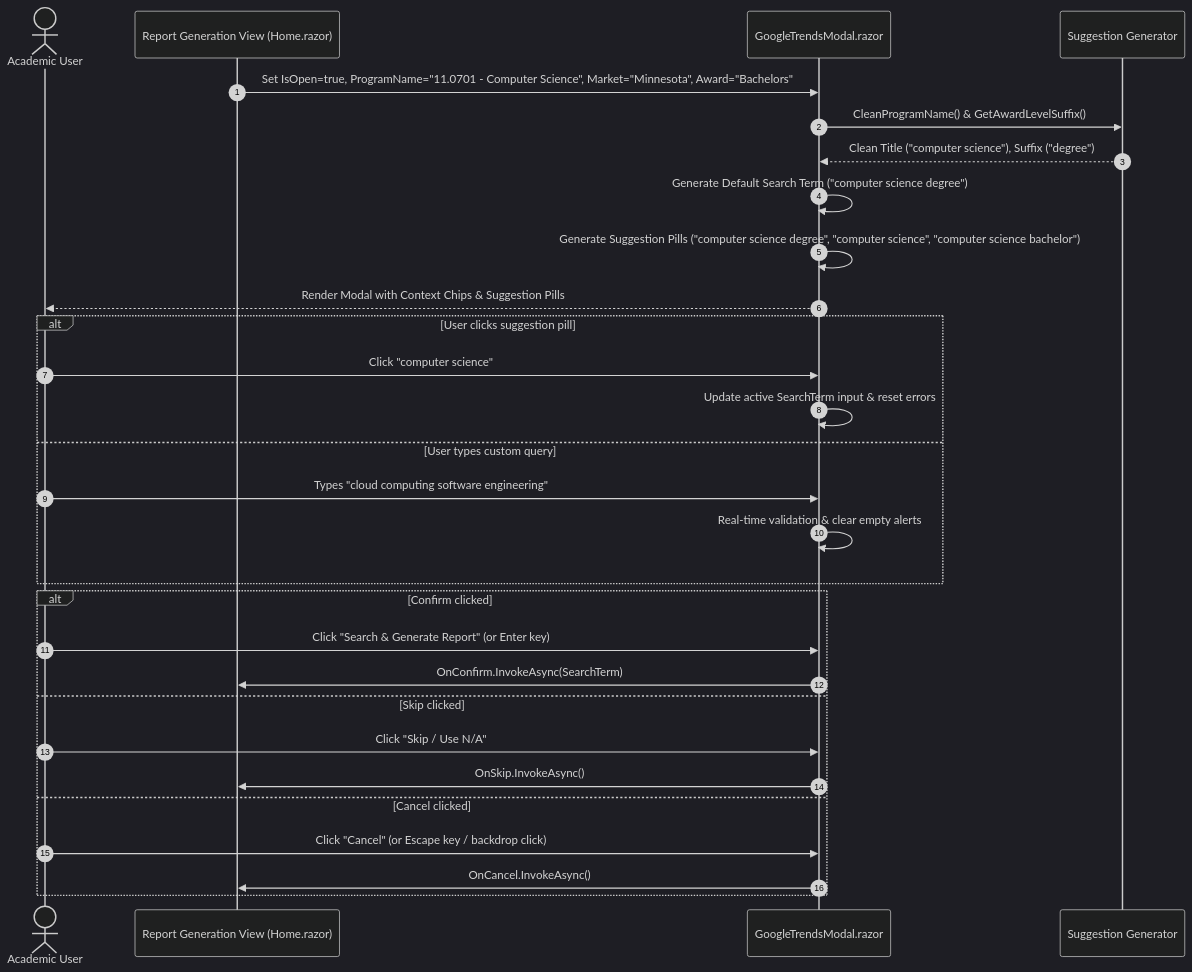
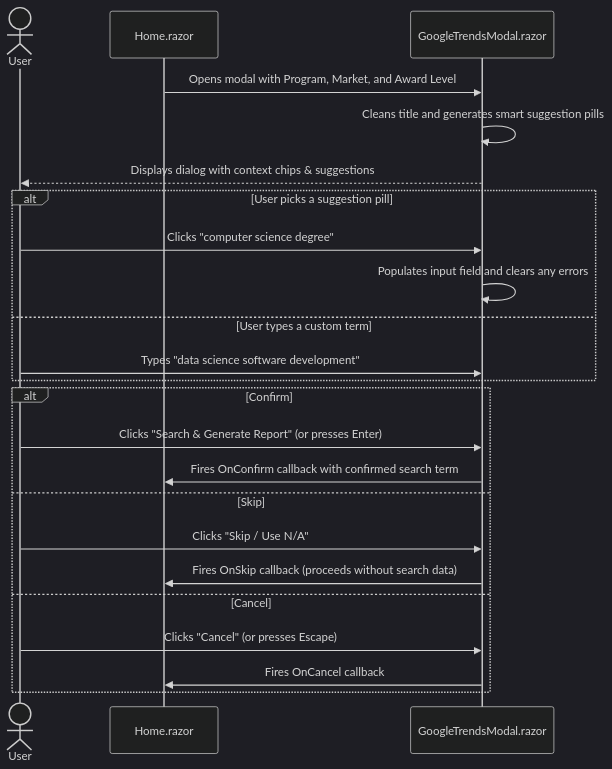
One commit to liams04/PMRA-Portfolio changed the diagram in examples/frontend-blazor/README.md. Above: the diagram before and after it, drawn with Mermaid (dark theme). The commit also changed other lines of this file and 11 other files, not shown here.

````diff
--- a/examples/frontend-blazor/README.md
+++ b/examples/frontend-blazor/README.md
@@ -16,34 +19,28 @@
 ```mermaid
 sequenceDiagram
-    autonumber
-    actor User as Academic User
-    participant Parent as Report Generation View (Home.razor)
+    actor User as User
+    participant Page as Home.razor
     participant Modal as GoogleTrendsModal.razor
-    participant Engine as Suggestion Generator
 
-    Parent->>Modal: Set IsOpen=true, ProgramName="11.0701 - Computer Science", Market="Minnesota", Award="Bachelors"
-    Modal->>Engine: CleanProgramName() & GetAwardLevelSuffix()
-    Engine-->>Modal: Clean Title ("computer science"), Suffix ("degree")
-    Modal->>Modal: Generate Default Search Term ("computer science degree")
-    Modal->>Modal: Generate Suggestion Pills ("computer science degree", "computer science", "computer science bachelor")
-    Modal-->>User: Render Modal with Context Chips & Suggestion Pills
+    Page->>Modal: Opens modal with Program, Market, and Award Level
+    Modal->>Modal: Cleans title and generates smart suggestion pills
+    Modal-->>User: Displays dialog with context chips & suggestions
     
-    alt User clicks suggestion pill
-        User->>Modal: Click "computer science"
-        Modal->>Modal: Update active SearchTerm input & reset errors
-    else User types custom query
-        User->>Modal: Types "cloud computing software engineering"
-        Modal->>Modal: Real-time validation & clear empty alerts
+    alt User picks a suggestion pill
+        User->>Modal: Clicks "computer science degree"
+        Modal->>Modal: Populates input field and clears any errors
+    else User types a custom term
+        User->>Modal: Types "data science software development"
     end
 
-    alt Confirm clicked
-        User->>Modal: Click "Search & Generate Report" (or Enter key)
-        Modal->>Parent: OnConfirm.InvokeAsync(SearchTerm)
-    else Skip clicked
-        User->>Modal: Click "Skip / Use N/A"
-        Modal->>Parent: OnSkip.InvokeAsync()
-    else Cancel clicked
-        User->>Modal: Click "Cancel" (or Escape key / backdrop click)
-        Modal->>Parent: OnCancel.InvokeAsync()
+    alt Confirm
+        User->>Modal: Clicks "Search & Generate Report" (or presses Enter)
+        Modal->>Page: Fires OnConfirm callback with confirmed search term
+    else Skip
+        User->>Modal: Clicks "Skip / Use N/A"
+        Modal->>Page: Fires OnSkip callback (proceeds without search data)
+    else Cancel
+        User->>Modal: Clicks "Cancel" (or presses Escape)
+        Modal->>Page: Fires OnCancel callback
     end
 ```
````
